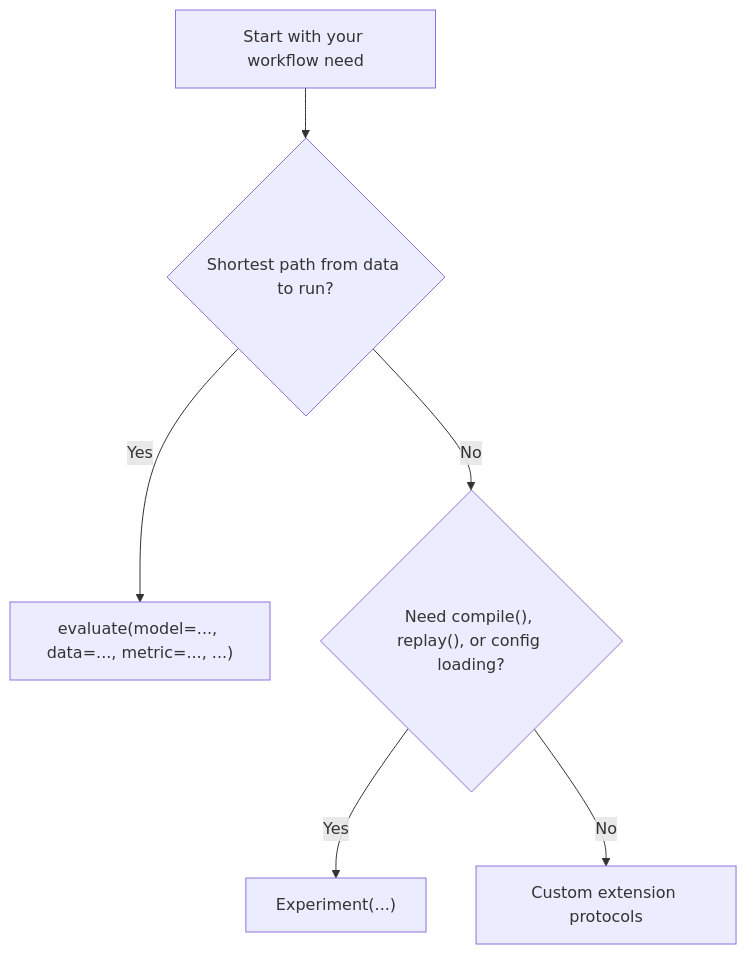
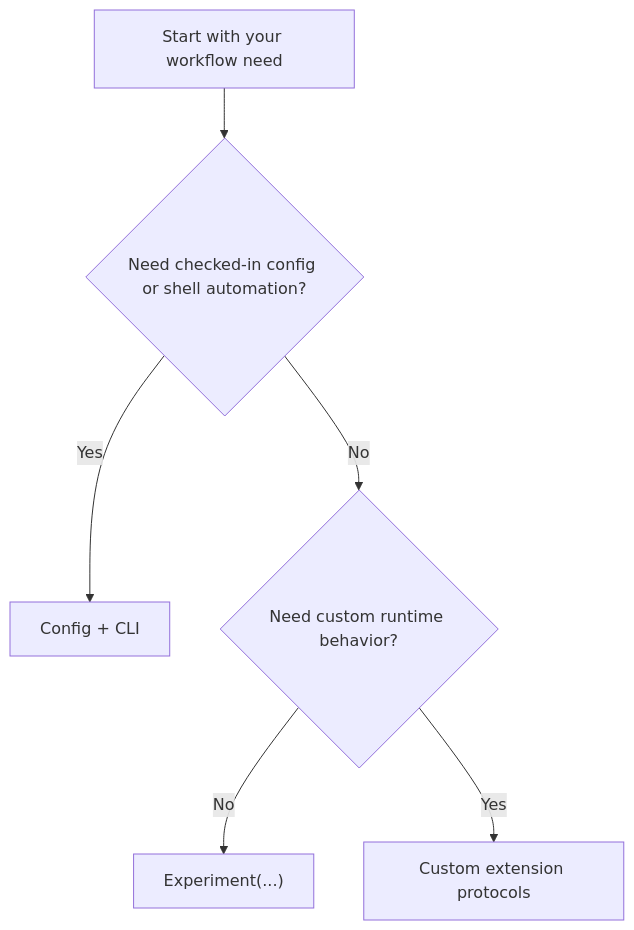
One commit to Pittawat2542/themis changed the diagram in docs/start-here/choose-your-api-layer.md. Above: the diagram before and after it, drawn with Mermaid. The commit also changed other lines of this file and 26 other files, not shown here.

````diff
--- a/docs/start-here/choose-your-api-layer.md
+++ b/docs/start-here/choose-your-api-layer.md
@@ -18,9 +18,9 @@
 ```mermaid
 flowchart TD
     A["Start with your workflow need"]
-    A --> B{"Shortest path from data to run?"}
-    B -->|Yes| C["evaluate(model=..., data=..., metric=..., ...)"]
-    B -->|No| D{"Need compile(), replay(), or config loading?"}
-    D -->|Yes| E["Experiment(...)"]
-    D -->|No| F["Custom extension protocols"]
+    A --> B{"Need checked-in config or shell automation?"}
+    B -->|Yes| C["Config + CLI"]
+    B -->|No| D{"Need custom runtime behavior?"}
+    D -->|No| E["Experiment(...)"]
+    D -->|Yes| F["Custom extension protocols"]
 ```
````
